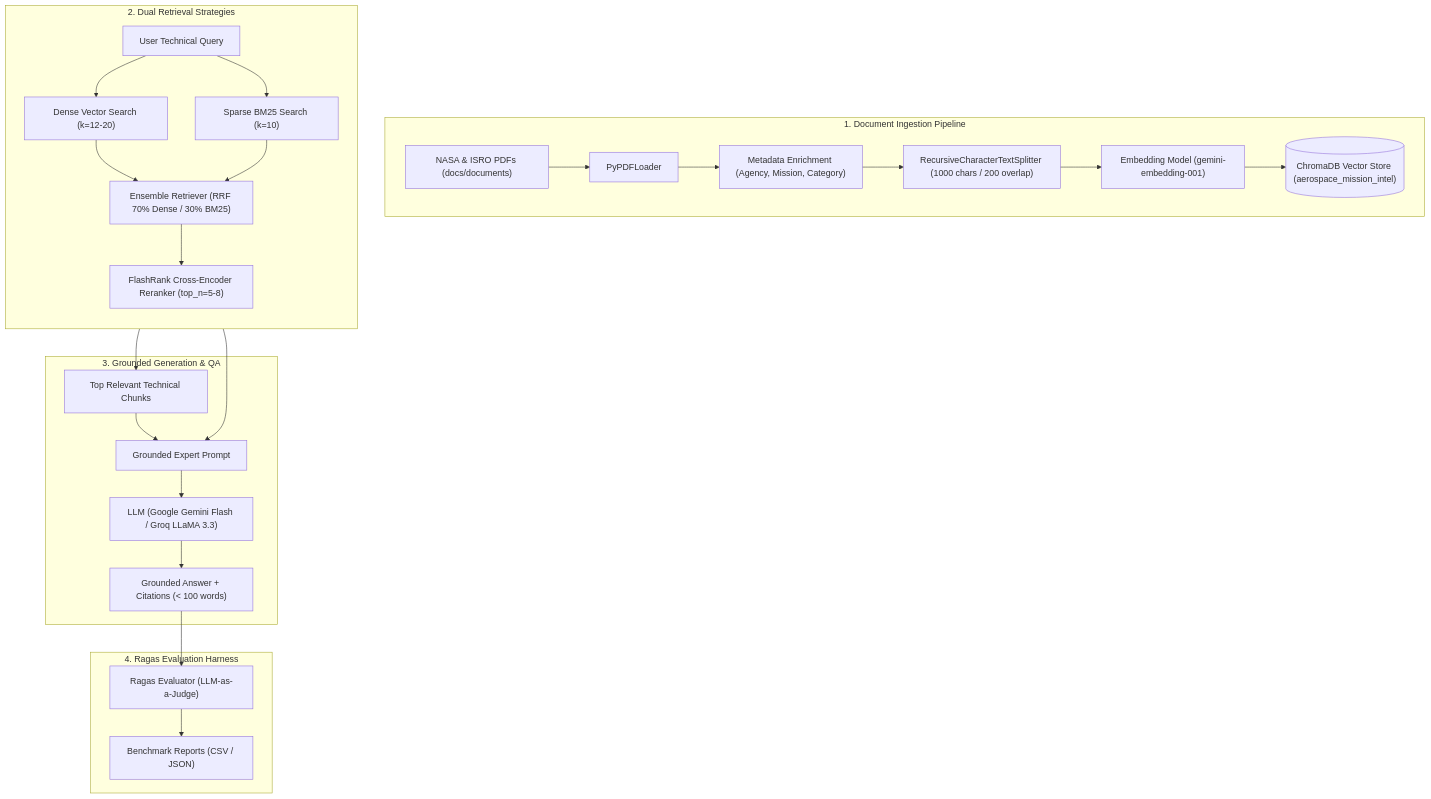
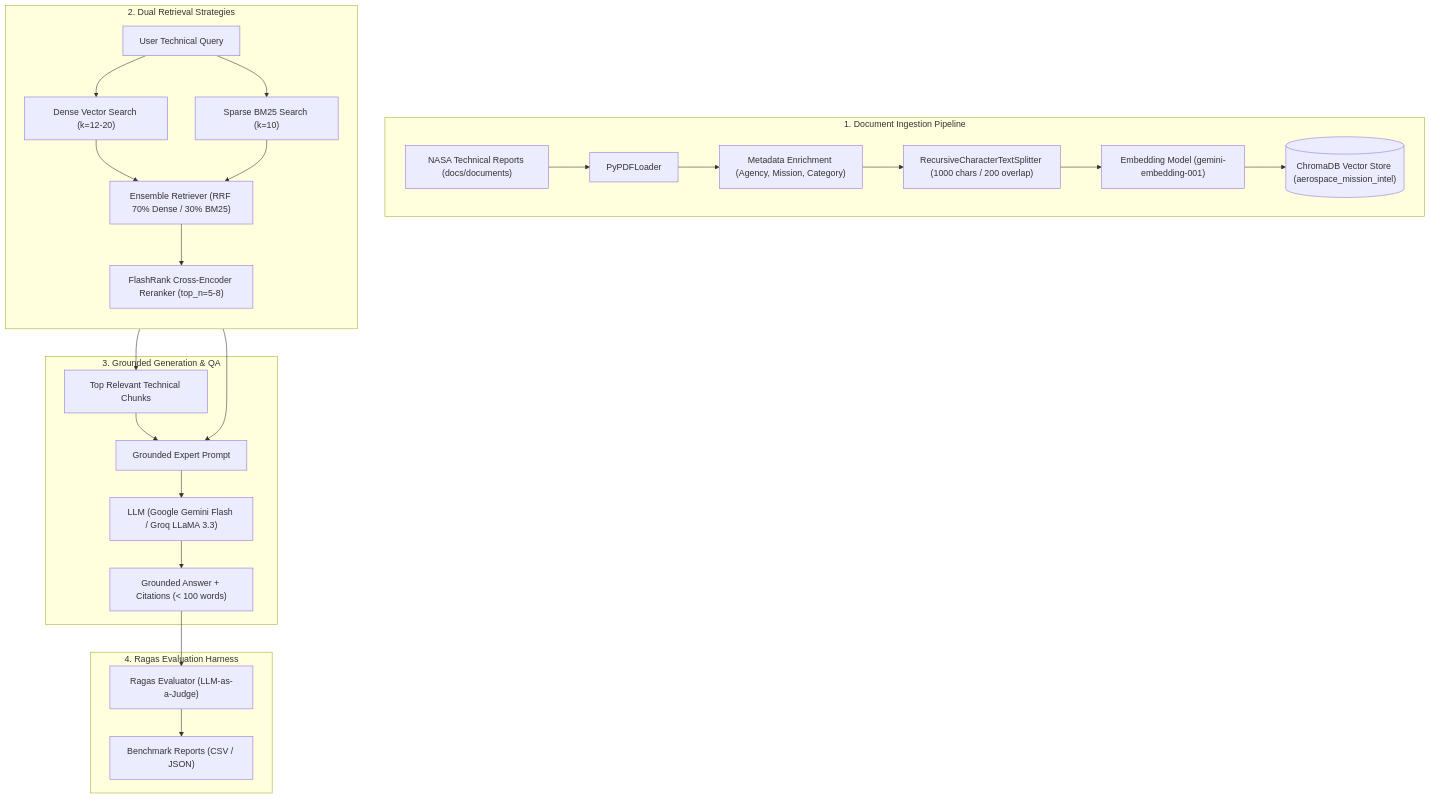
The diagram in README.md (shaikhjahir750/AreoRAG), drawn with Mermaid before and after one commit. The commit also changed other lines of this file, not shown here.

````diff
--- a/README.md
+++ b/README.md
@@ -44,32 +44,32 @@
 ```mermaid
 flowchart TD
     subgraph Data_Ingestion ["1. Document Ingestion Pipeline"]
-        PDFs["NASA & ISRO PDFs (docs/documents)"] --> Loader["PyPDFLoader"]
+        PDFs["NASA Technical Reports (docs/documents)"] --> Loader["PyPDFLoader"]
         Loader --> Meta["Metadata Enrichment (Agency, Mission, Category)"]
         Meta --> Chunker["RecursiveCharacterTextSplitter (1000 chars / 200 overlap)"]
         Chunker --> Embedder["Embedding Model (gemini-embedding-001)"]
         Embedder --> VectorDB[("ChromaDB Vector Store (aerospace_mission_intel)")]
     end
 
     subgraph Retrieval_Strategies ["2. Dual Retrieval Strategies"]
         direction TB
         UserQuery["User Technical Query"] --> DenseRetriever["Dense Vector Search (k=12-20)"]
         UserQuery --> SparseRetriever["Sparse BM25 Search (k=10)"]
         DenseRetriever --> Ensemble["Ensemble Retriever (RRF 70% Dense / 30% BM25)"]
         SparseRetriever --> Ensemble
         Ensemble --> FlashRank["FlashRank Cross-Encoder Reranker (top_n=5-8)"]
     end
 
     subgraph Generation_Pipeline ["3. Grounded Generation & QA"]
         FlashRank --> Context["Top Relevant Technical Chunks"]
         Context --> Prompt["Grounded Expert Prompt"]
         UserQuery --> Prompt
         Prompt --> LLM["LLM (Google Gemini Flash / Groq LLaMA 3.3)"]
         LLM --> Response["Grounded Answer + Citations (< 100 words)"]
     end
 
     subgraph Evaluation_Harness ["4. Ragas Evaluation Harness"]
         Response --> Ragas["Ragas Evaluator (LLM-as-a-Judge)"]
         Ragas --> Report["Benchmark Reports (CSV / JSON)"]
     end
 ```
````
